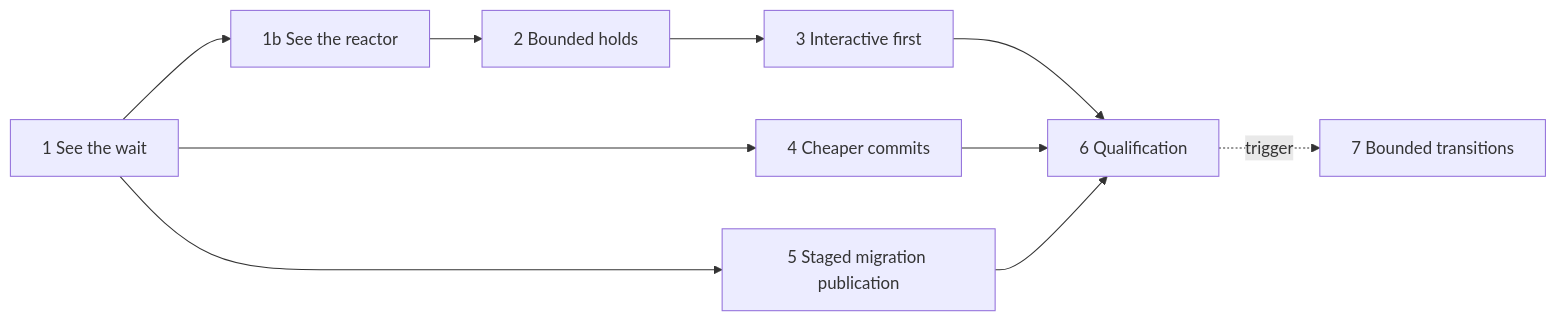
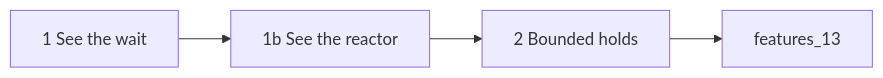
Before and after one commit to BierDav/rocky: the diagram in docs/features_12/README.md, drawn with Mermaid. The commit also changed other lines of this file and 19 other files, not shown here.

First line of the commit message:
docs(roadmap): plan features_13 replayed intents

````diff
--- a/docs/features_12/README.md
+++ b/docs/features_12/README.md
@@ -223,12 +231,6 @@
 ```mermaid
 flowchart LR
     P1["1 See the wait"] --> P1b["1b See the reactor"]
     P1b --> P2["2 Bounded holds"]
-    P2 --> P3["3 Interactive first"]
-    P1 --> P4["4 Cheaper commits"]
-    P1 --> P5["5 Staged migration publication"]
-    P3 --> P6["6 Qualification"]
-    P4 --> P6
-    P5 --> P6
-    P6 -.->|trigger| P7["7 Bounded transitions"]
+    P2 --> F13["features_13"]
 ```
````
